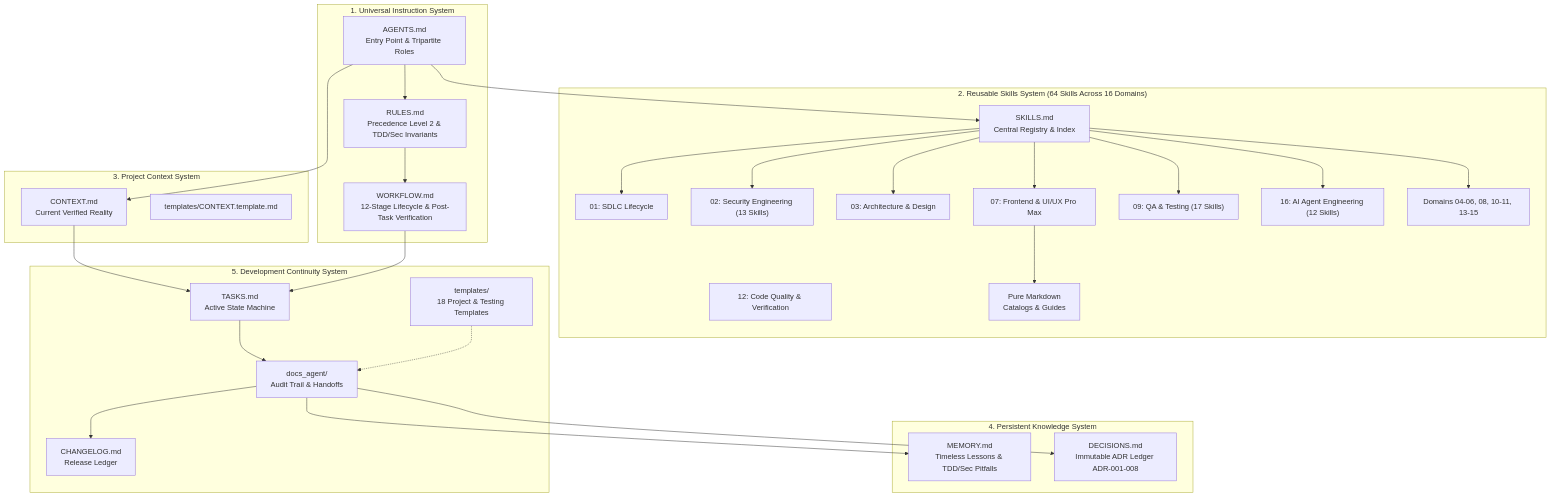
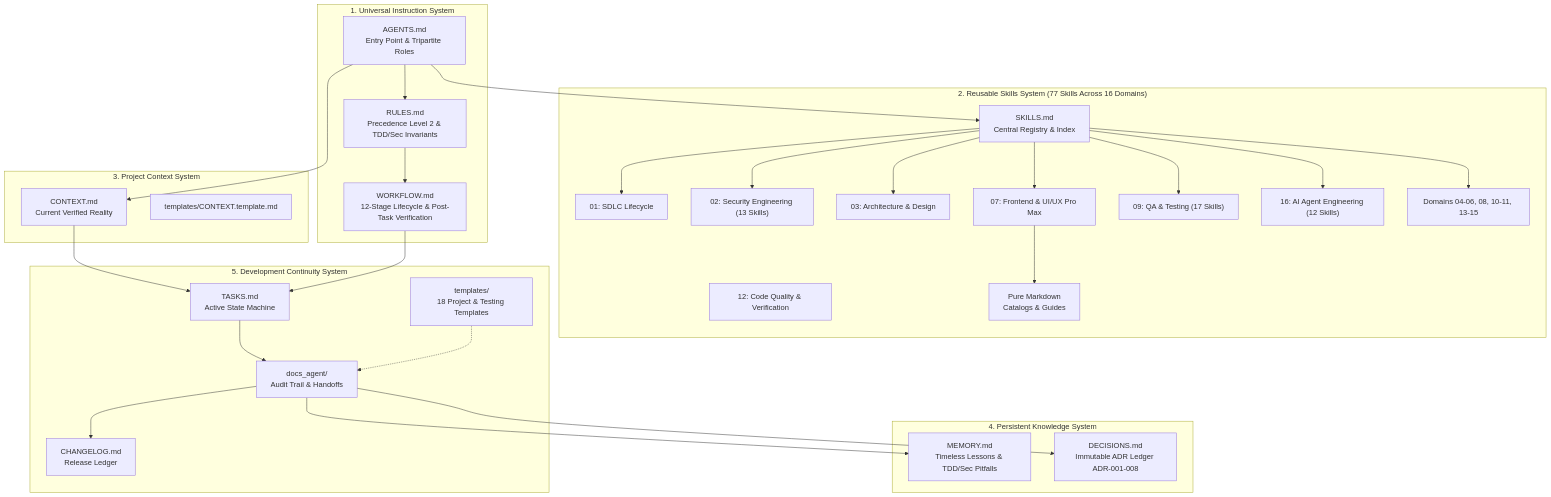
One commit to Script-By-Lin/Universal-Markdown-Skills-Framework changed the diagram in CONTEXT.md. Above: the diagram before and after it, drawn with Mermaid. The commit also changed other lines of this file and 93 other files, not shown here.

````diff
--- a/CONTEXT.md
+++ b/CONTEXT.md
@@ -50,58 +50,58 @@
 ```mermaid
 flowchart TD
     subgraph S1["1. Universal Instruction System"]
         AG[AGENTS.md\nEntry Point & Tripartite Roles]
         RL[RULES.md\nPrecedence Level 2 & TDD/Sec Invariants]
         WF[WORKFLOW.md\n12-Stage Lifecycle & Post-Task Verification]
     end
 
-    subgraph S2["2. Reusable Skills System (64 Skills Across 16 Domains)"]
+    subgraph S2["2. Reusable Skills System (77 Skills Across 16 Domains)"]
         SKR[SKILLS.md\nCentral Registry & Index]
         D01["01: SDLC Lifecycle"]
         D02["02: Security Engineering (13 Skills)"]
         D03["03: Architecture & Design"]
         D07["07: Frontend & UI/UX Pro Max"]
         D09["09: QA & Testing (17 Skills)"]
         D12["12: Code Quality & Verification"]
         D16["16: AI Agent Engineering (12 Skills)"]
         DOTS["Domains 04-06, 08, 10-11, 13-15"]
         MDC[Pure Markdown\nCatalogs & Guides]
     end
 
     subgraph S3["3. Project Context System"]
         CX[CONTEXT.md\nCurrent Verified Reality]
         CXT[templates/CONTEXT.template.md]
     end
 
     subgraph S4["4. Persistent Knowledge System"]
         MEM[MEMORY.md\nTimeless Lessons & TDD/Sec Pitfalls]
         DEC[DECISIONS.md\nImmutable ADR Ledger ADR-001-008]
     end
 
     subgraph S5["5. Development Continuity System"]
         TSK[TASKS.md\nActive State Machine]
         CHG[CHANGELOG.md\nRelease Ledger]
         DOC[docs_agent/\nAudit Trail & Handoffs]
         TPL[templates/\n18 Project & Testing Templates]
     end
 
     AG --> RL
     AG --> CX
     AG --> SKR
     SKR --> D01
     SKR --> D02
     SKR --> D03
     SKR --> D07
     SKR --> D09
     SKR --> D16
     SKR --> DOTS
     D07 --> MDC
     RL --> WF
     CX --> TSK
     WF --> TSK
     TSK --> DOC
     DOC --> MEM
     DOC --> DEC
     DOC --> CHG
     TPL -.-> DOC
 ```
````
